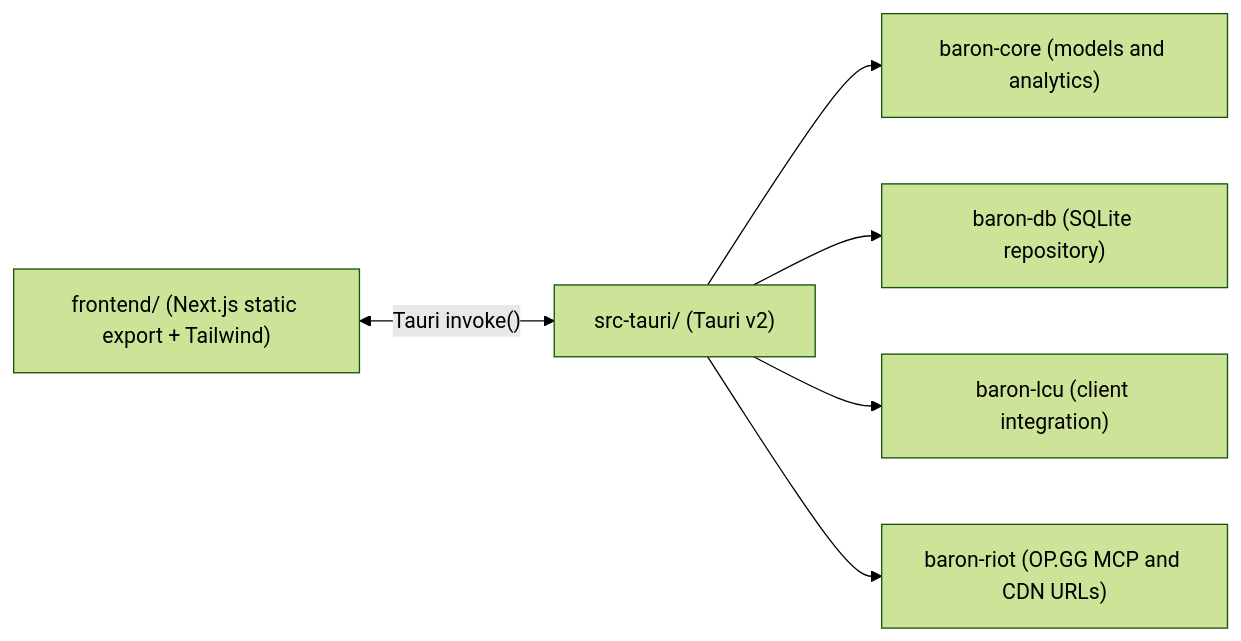
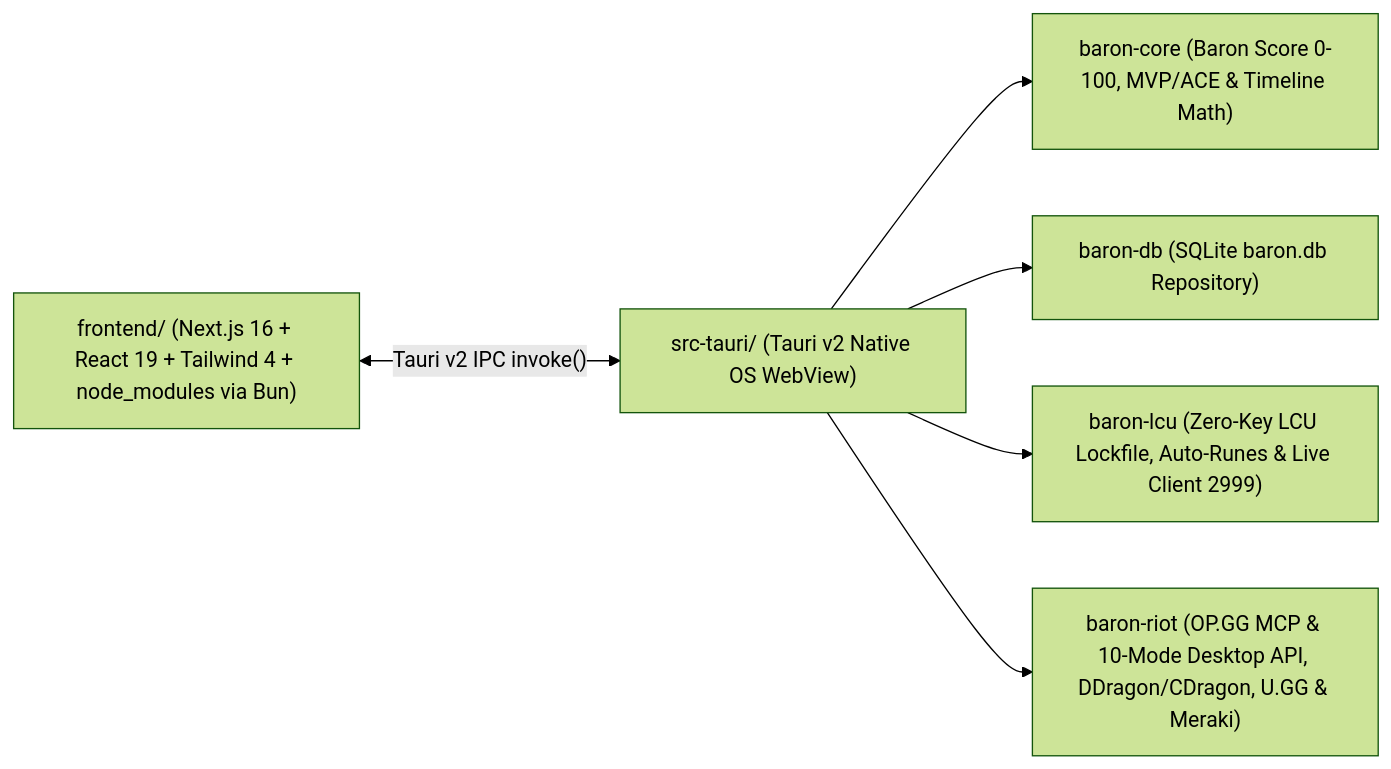
The diagram in README.md (lucasram20/baron), drawn with Mermaid (forest theme) before and after one commit. The commit also changed other lines of this file, not shown here.

Commit message:
docs(readme): clarify Tauri v2 native WebView + Node.js frontend modules and update v0.1.0-dev.15 features & project structure [skip ci]

````diff
--- a/README.md
+++ b/README.md
@@ -50,8 +56,8 @@
 ```mermaid
 flowchart LR
-    UI["frontend/ (Next.js static export + Tailwind)"] <-->|"Tauri invoke()"| Host["src-tauri/ (Tauri v2)"]
-    Host --> Core["baron-core (models and analytics)"]
-    Host --> DB["baron-db (SQLite repository)"]
-    Host --> LCU["baron-lcu (client integration)"]
-    Host --> Riot["baron-riot (OP.GG MCP and CDN URLs)"]
+    UI["frontend/ (Next.js 16 + React 19 + Tailwind 4 + node_modules via Bun)"] <-->|"Tauri v2 IPC invoke()"| Host["src-tauri/ (Tauri v2 Native OS WebView)"]
+    Host --> Core["baron-core (Baron Score 0-100, MVP/ACE & Timeline Math)"]
+    Host --> DB["baron-db (SQLite baron.db Repository)"]
+    Host --> LCU["baron-lcu (Zero-Key LCU Lockfile, Auto-Runes & Live Client 2999)"]
+    Host --> Riot["baron-riot (OP.GG MCP & 10-Mode Desktop API, DDragon/CDragon, U.GG & Meraki)"]
 ```
````
